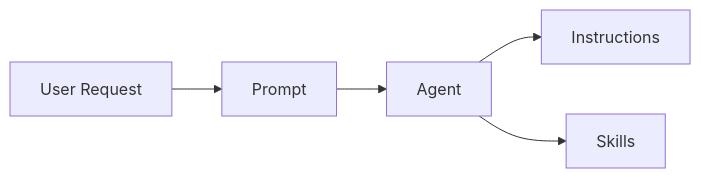
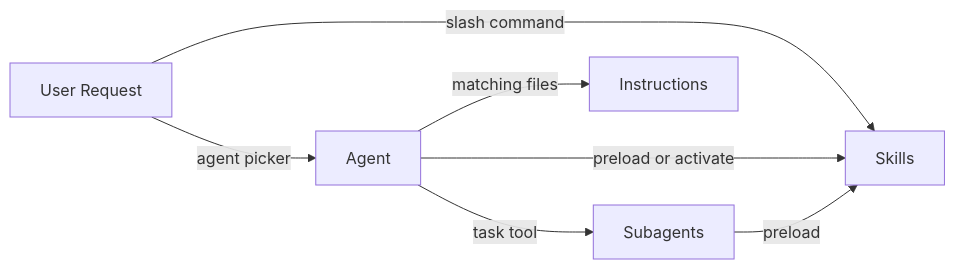
The diagram in docs/architecture/ai-artifacts.md (microsoft/hve-core), drawn with Mermaid before and after one commit. The commit also changed other lines of this file and 136 other files, not shown here.

````diff
--- a/docs/architecture/ai-artifacts.md
+++ b/docs/architecture/ai-artifacts.md
@@ -153,9 +173,11 @@
 ```mermaid
 graph LR
     accTitle: AI Artifact Delegation Flow
-    accDescr: User requests flow through prompts to agents, which apply instructions and invoke skills for specialized execution.
-    USER[User Request] --> PROMPT[Prompt]
-    PROMPT --> AGENT[Agent]
-    AGENT --> INSTR[Instructions]
-    AGENT --> SKILLS[Skills]
+    accDescr: A user selects an agent or types a slash command for a skill. Agents preload or activate skills, dispatch subagents through the task tool, and receive instructions for the files they read or edit. Subagents get their rules from preloaded skills and the dispatch prompt.
+    USER[User Request] -->|agent picker| AGENT[Agent]
+    USER -->|slash command| SKILLS[Skills]
+    AGENT -->|preload or activate| SKILLS
+    AGENT -->|task tool| SUB[Subagents]
+    SUB -->|preload| SKILLS
+    AGENT -->|matching files| INSTR[Instructions]
 ```
````
